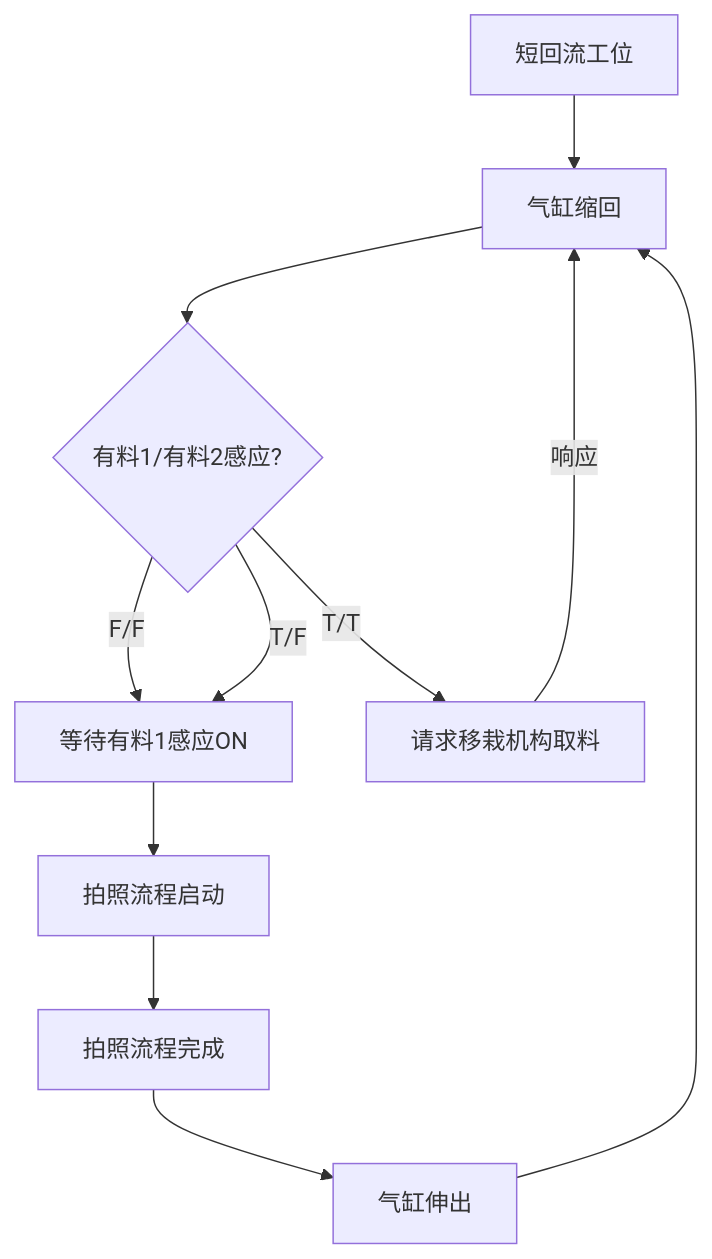
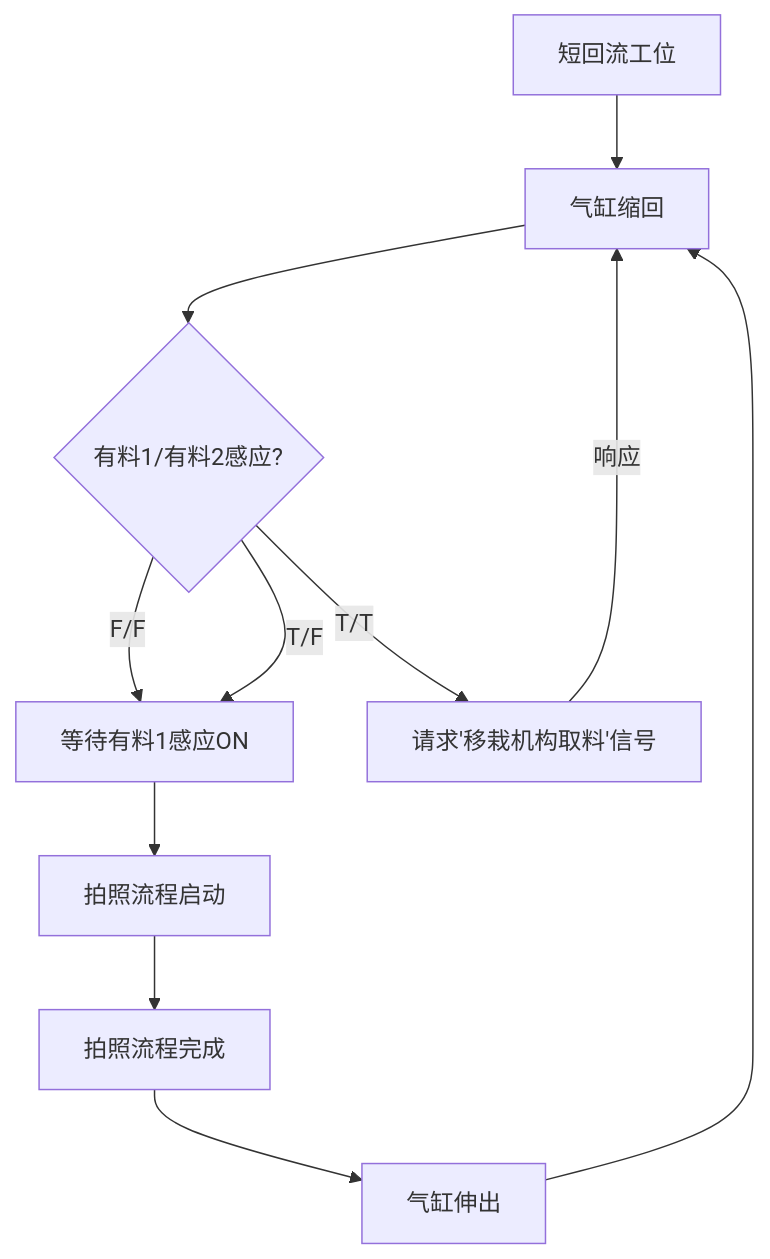
Before and after one commit to zmq000/iodraw-files: the diagram in all/未命名.md, drawn with Mermaid.

Commit message:
2026-06-17 21:00:49 update

````diff
--- a/all/未命名.md
+++ b/all/未命名.md
@@ -1,15 +1,15 @@
 ```mermaid
 graph TD
 0[短回流工位]-->10
 10[气缸缩回]-->20
 20{有料1/有料2感应?}-->|F/F|30
 20-->|T/F|30
 20-->|T/T|100
 30[等待有料1感应ON]-->40
 40[拍照流程启动]-->50
 50[拍照流程完成]-->60
 60[气缸伸出]-->10
 
-100[请求移栽机构取料]-->|响应|10
+100[请求'移栽机构取料'信号]-->|响应|10
 
 ```
````
